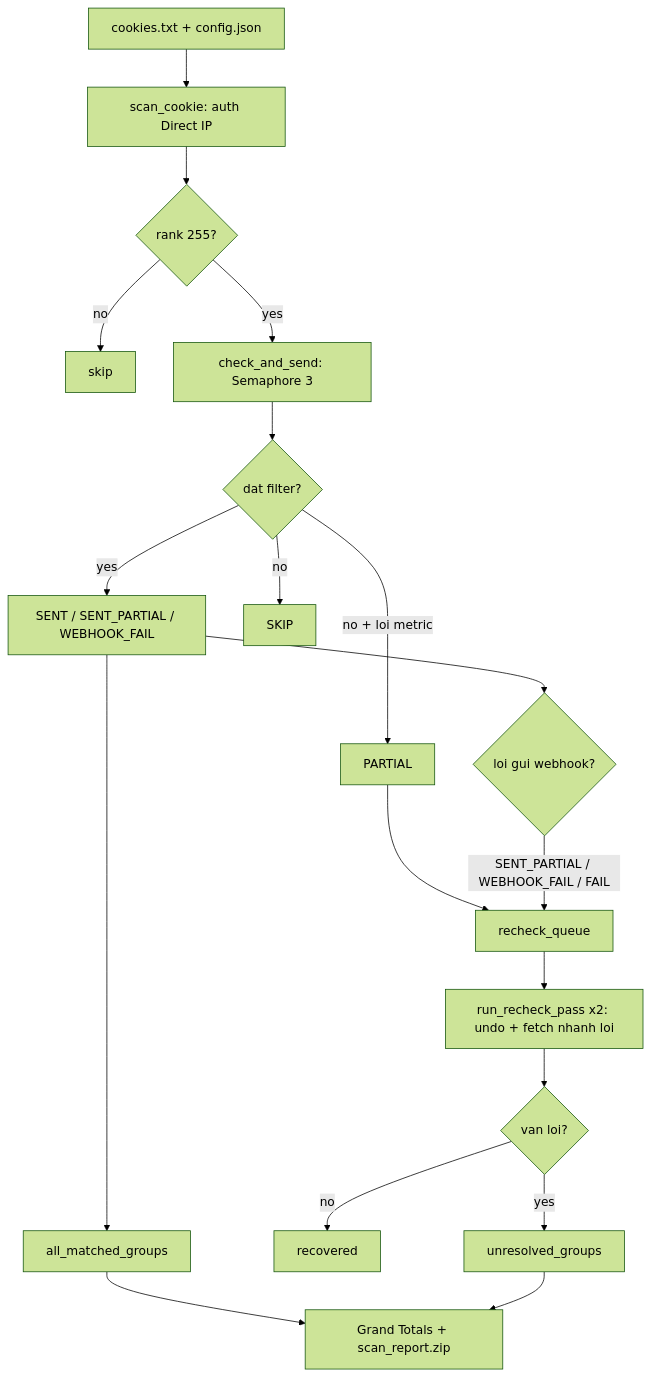
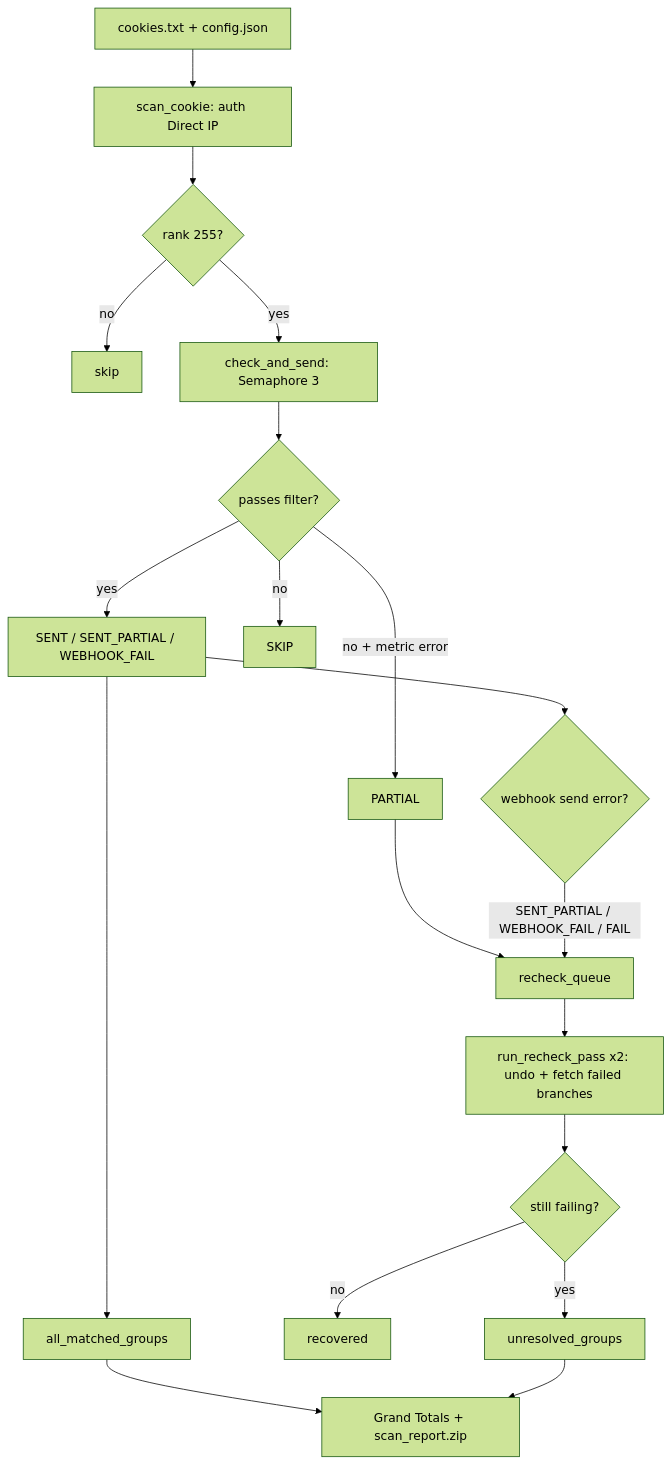
Before and after one commit to LakoFusion/Roblox-Owned-Group-Checker: the diagram in README.md, drawn with Mermaid (forest theme). The commit also changed other lines of this file, not shown here.

````diff
--- a/README.md
+++ b/README.md
@@ -166,21 +166,21 @@
 ```mermaid
 flowchart TD
     A[cookies.txt + config.json] --> B[scan_cookie: auth Direct IP]
     B --> C{rank 255?}
     C -- no --> D[skip]
     C -- yes --> E[check_and_send: Semaphore 3]
-    E --> F{dat filter?}
+    E --> F{passes filter?}
     F -- yes --> G[SENT / SENT_PARTIAL / WEBHOOK_FAIL]
-    F -- no + loi metric --> H[PARTIAL]
+    F -- no + metric error --> H[PARTIAL]
     F -- no --> I[SKIP]
     H --> J[recheck_queue]
-    G --> K{loi gui webhook?}
+    G --> K{webhook send error?}
     K -- SENT_PARTIAL / WEBHOOK_FAIL / FAIL --> J
-    J --> L[run_recheck_pass x2: undo + fetch nhanh loi]
-    L --> M{van loi?}
+    J --> L[run_recheck_pass x2: undo + fetch failed branches]
+    L --> M{still failing?}
     M -- yes --> N[unresolved_groups]
     M -- no --> O[recovered]
     G --> P[all_matched_groups]
     P --> Q[Grand Totals + scan_report.zip]
     N --> Q
 ```
````
